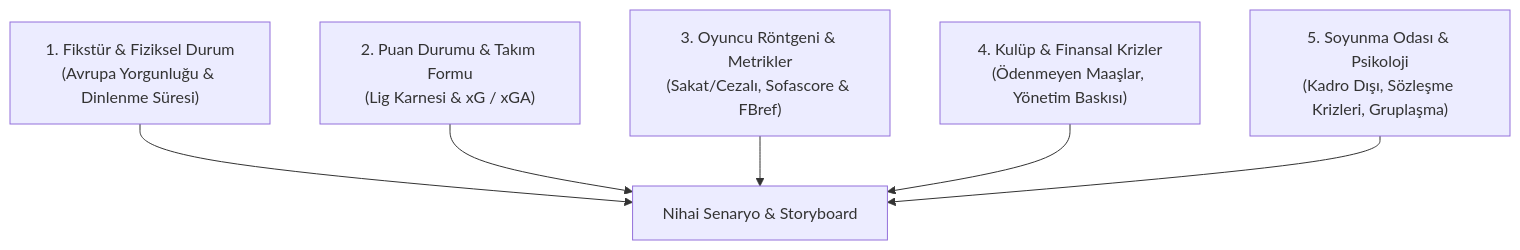
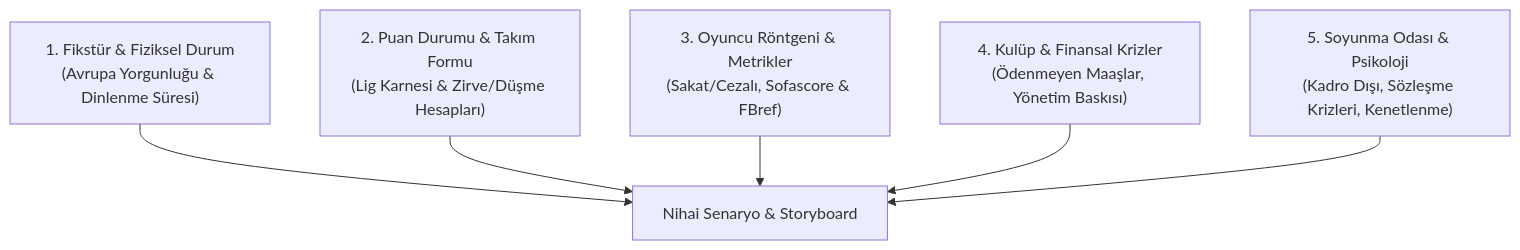
The diagram in skills/football-creator-pro/SKILL.md (salihyildiz08/antigravity-skils), drawn with Mermaid before and after one commit. The commit also changed other lines of this file, not shown here.

````diff
--- a/skills/football-creator-pro/SKILL.md
+++ b/skills/football-creator-pro/SKILL.md
@@ -17,8 +29,8 @@
 ```mermaid
 flowchart TD
     A["1. Fikstür & Fiziksel Durum<br>(Avrupa Yorgunluğu & Dinlenme Süresi)"] --> F["Nihai Senaryo & Storyboard"]
-    B["2. Puan Durumu & Takım Formu<br>(Lig Karnesi & xG / xGA)"] --> F
+    B["2. Puan Durumu & Takım Formu<br>(Lig Karnesi & Zirve/Düşme Hesapları)"] --> F
     C["3. Oyuncu Röntgeni & Metrikler<br>(Sakat/Cezalı, Sofascore & FBref)"] --> F
     D["4. Kulüp & Finansal Krizler<br>(Ödenmeyen Maaşlar, Yönetim Baskısı)"] --> F
-    E["5. Soyunma Odası & Psikoloji<br>(Kadro Dışı, Sözleşme Krizleri, Gruplaşma)"] --> F
+    E["5. Soyunma Odası & Psikoloji<br>(Kadro Dışı, Sözleşme Krizleri, Kenetlenme)"] --> F
 ```
````
